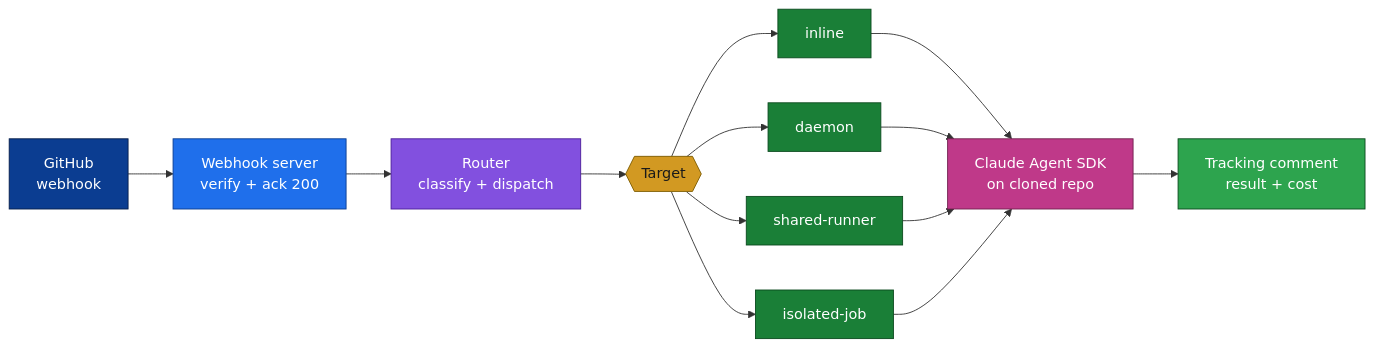
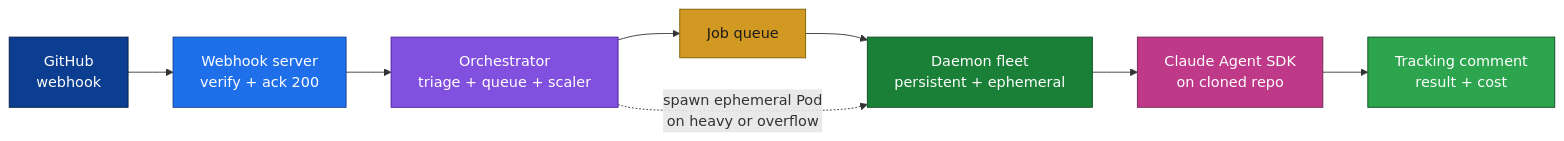
The diagram in README.md (chrisleekr/github-app-playground), drawn with Mermaid before and after one commit. The commit also changed other lines of this file and 59 other files, not shown here.

Commit message:
refactor(dispatch): collapse to daemon-only with K8s ephemeral scaling (#35)

````diff
--- a/README.md
+++ b/README.md
@@ -16,26 +16,19 @@
 ```mermaid
 flowchart LR
     GH["GitHub<br/>webhook"]:::entry
     SRV["Webhook server<br/>verify + ack 200"]:::guard
-    RTR["Router<br/>classify + dispatch"]:::decide
-    TGT{{"Target"}}:::fork
-    INL["inline"]:::target
-    DMN["daemon"]:::target
-    SHR["shared-runner"]:::target
-    ISO["isolated-job"]:::target
+    RTR["Orchestrator<br/>triage + queue + scaler"]:::decide
+    QUEUE["Job queue"]:::store
+    FLEET["Daemon fleet<br/>persistent + ephemeral"]:::target
     AGT["Claude Agent SDK<br/>on cloned repo"]:::work
     CMT["Tracking comment<br/>result + cost"]:::done
-    GH --> SRV --> RTR --> TGT
-    TGT --> INL --> AGT
-    TGT --> DMN --> AGT
-    TGT --> SHR --> AGT
-    TGT --> ISO --> AGT
-    AGT --> CMT
+    GH --> SRV --> RTR --> QUEUE --> FLEET --> AGT --> CMT
+    RTR -. spawn ephemeral Pod<br/>on heavy or overflow .-> FLEET
     classDef entry fill:#0b3d91,stroke:#061d4a,color:#ffffff
     classDef guard fill:#1f6feb,stroke:#0b3d91,color:#ffffff
     classDef decide fill:#8250df,stroke:#4b1d99,color:#ffffff
-    classDef fork fill:#d29922,stroke:#7d5c00,color:#1a1a1a
+    classDef store fill:#d29922,stroke:#7d5c00,color:#1a1a1a
     classDef target fill:#1a7f37,stroke:#0b4a1e,color:#ffffff
     classDef work fill:#bf3989,stroke:#71204f,color:#ffffff
     classDef done fill:#2da44e,stroke:#0b4a1e,color:#ffffff
 ```
````
